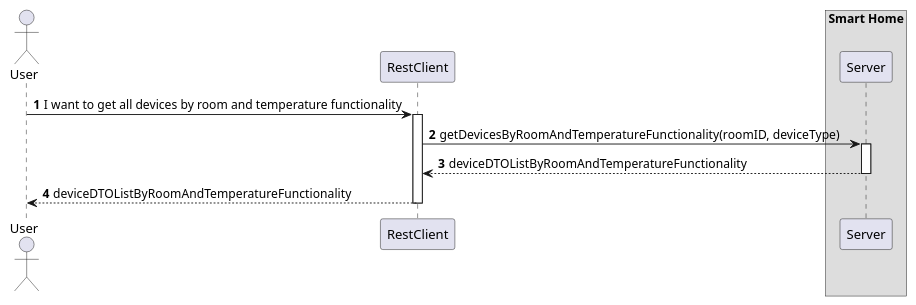
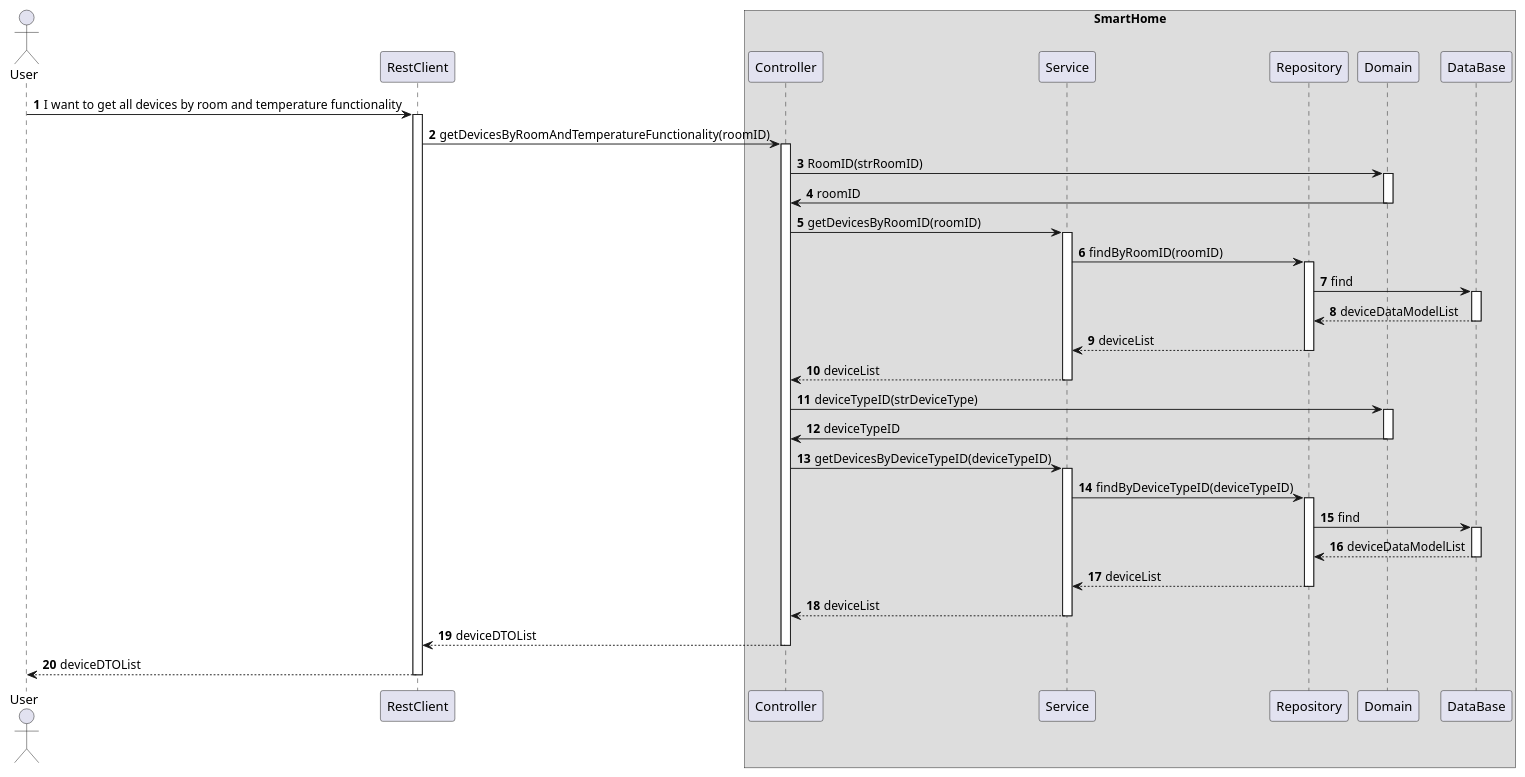
One commit to olivDiogo/SmartHome changed the diagram in docs/ooa/C4_4plus1_models/Level3/ProcessView/ProcessViewLevel3_UC12.puml. Above: the diagram before and after it, drawn with PlantUML. The commit also changed 119 other files, not shown here.

Commit message:
docs: added Process View diagrams for UC16 (US37) - #490

```diff
--- a/docs/ooa/C4_4plus1_models/Level3/ProcessView/ProcessViewLevel3_UC12.puml
+++ b/docs/ooa/C4_4plus1_models/Level3/ProcessView/ProcessViewLevel3_UC12.puml
@@ -1,30 +1,82 @@
 @startuml
 'https://plantuml.com/sequence-diagram
-
 !pragma layout smetana
 
 autonumber
 
 actor "User" as User
 participant "RestClient" as RC
-box "Smart Home"
-    participant "Server" as SV
 
+box "SmartHome"
+    participant "Controller" as CTRL
+    participant "Service" as SV
+    participant "Repository" as REPO
+    participant "Domain" as DOM
+    participant "DataBase" as BD
 end box
 
 
 User -> RC : I want to get all devices by room and temperature functionality
 activate RC
 
-RC -> SV : getDevicesByRoomAndTemperatureFunctionality(roomID, deviceType)
+RC -> CTRL : getDevicesByRoomAndTemperatureFunctionality(roomID)
+activate CTRL
+
+CTRL -> DOM : RoomID(strRoomID)
+activate DOM
+
+DOM -> CTRL : roomID
+deactivate DOM
+
+CTRL -> SV: getDevicesByRoomID(roomID)
 activate SV
 
+SV -> REPO : findByRoomID(roomID)
+activate REPO
+
+REPO -> BD : find
+activate BD
 
 
-SV --> RC : deviceDTOListByRoomAndTemperatureFunctionality
+BD --> REPO : deviceDataModelList
+deactivate BD
+
+REPO --> SV : deviceList
+deactivate REPO
+
+SV --> CTRL : deviceList
+deactivate REPO
 deactivate SV
 
-RC --> User : deviceDTOListByRoomAndTemperatureFunctionality
+CTRL -> DOM : deviceTypeID(strDeviceType)
+activate DOM
+
+DOM -> CTRL : deviceTypeID
+deactivate DOM
+
+CTRL -> SV : getDevicesByDeviceTypeID(deviceTypeID)
+activate SV
+
+SV -> REPO : findByDeviceTypeID(deviceTypeID)
+activate REPO
+
+REPO -> BD : find
+activate BD
+
+BD --> REPO : deviceDataModelList
+deactivate BD
+
+REPO --> SV : deviceList
+deactivate REPO
+
+SV --> CTRL : deviceList
+deactivate SV
+
+CTRL --> RC : deviceDTOList
+deactivate CTRL
+
+RC --> User :  deviceDTOList
 deactivate RC
 
+
 @enduml
```
